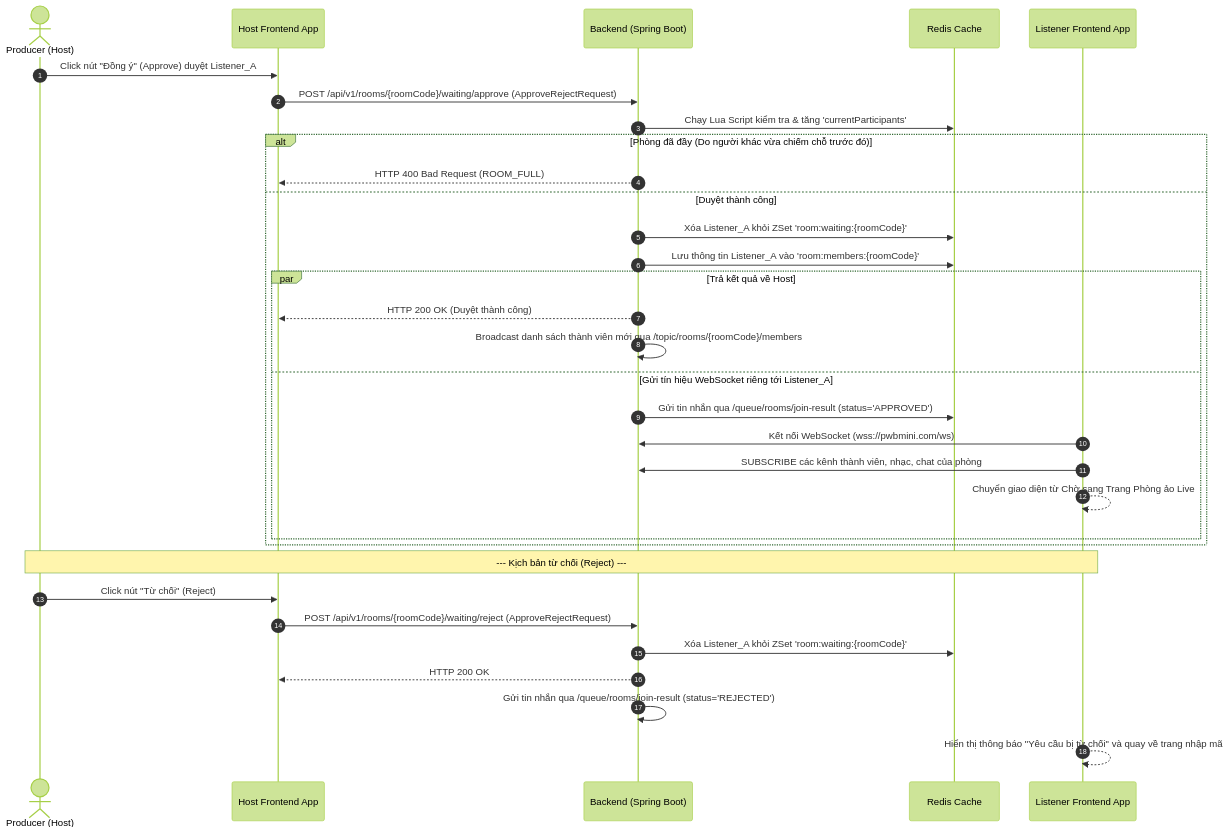
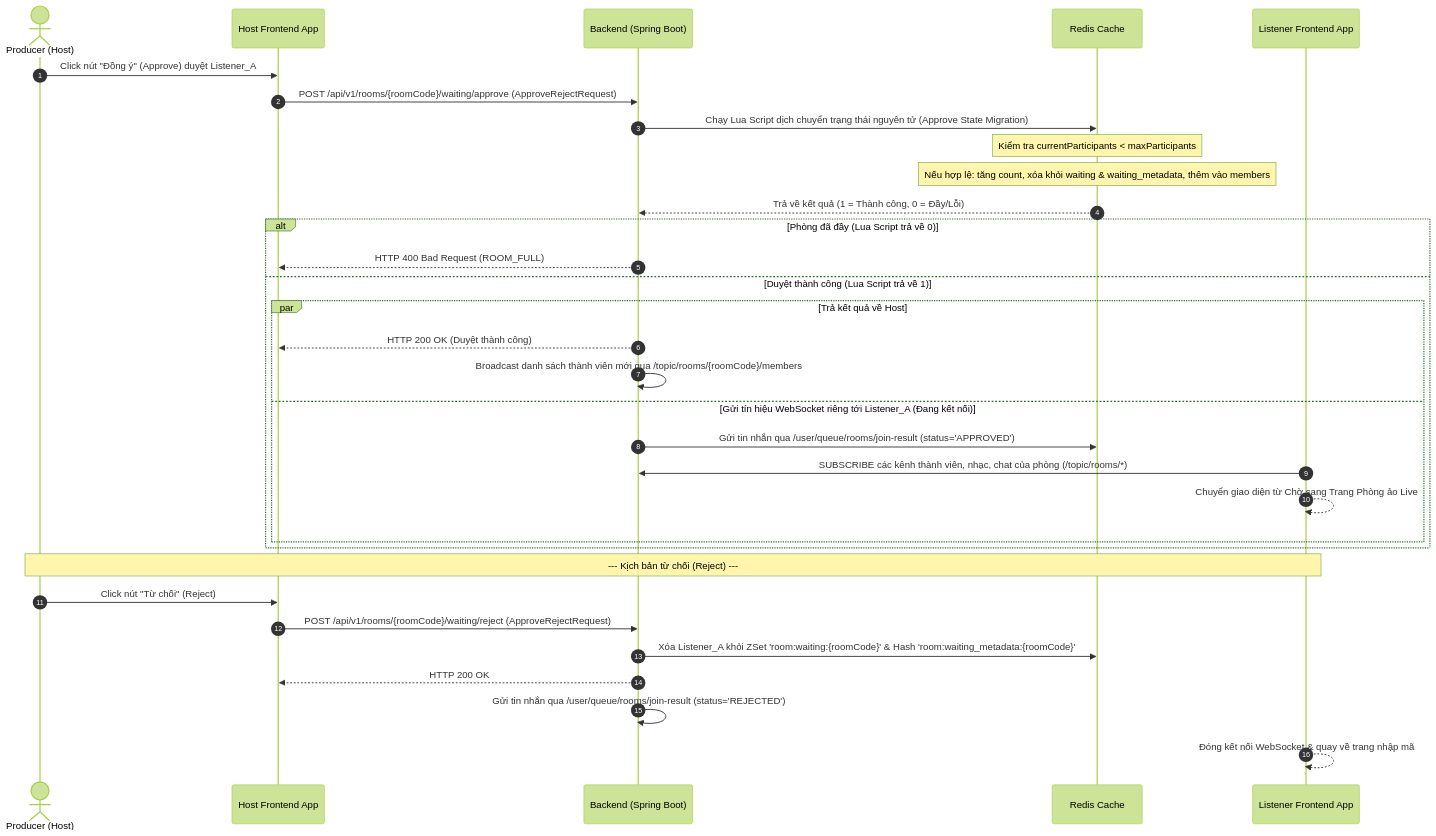
The second of 4 diagrams in docs/2. Live Room/02_join_waiting_room.md (NguyenDucHoangNam/PWB_Mini), drawn with Mermaid (forest theme) before and after one commit. The commit also changed other lines of this file and 22 other files, not shown here.

````diff
--- a/docs/2. Live Room/02_join_waiting_room.md
+++ b/docs/2. Live Room/02_join_waiting_room.md
@@ -111,38 +130,38 @@
 ```mermaid
 sequenceDiagram
     autonumber
     actor Host as Producer (Host)
     participant HostFE as Host Frontend App
     participant BE as Backend (Spring Boot)
     participant Redis as Redis Cache
     participant ListFE as Listener Frontend App
 
     Host->>HostFE: Click nút "Đồng ý" (Approve) duyệt Listener_A
     HostFE->>BE: POST /api/v1/rooms/{roomCode}/waiting/approve (ApproveRejectRequest)
     
-    BE->>Redis: Chạy Lua Script kiểm tra & tăng 'currentParticipants'
-    alt Phòng đã đầy (Do người khác vừa chiếm chỗ trước đó)
+    BE->>Redis: Chạy Lua Script dịch chuyển trạng thái nguyên tử (Approve State Migration)
+    Note over Redis: Kiểm tra currentParticipants < maxParticipants
+    Note over Redis: Nếu hợp lệ: tăng count, xóa khỏi waiting & waiting_metadata, thêm vào members
+    Redis-->>BE: Trả về kết quả (1 = Thành công, 0 = Đầy/Lỗi)
+    
+    alt Phòng đã đầy (Lua Script trả về 0)
         BE-->>HostFE: HTTP 400 Bad Request (ROOM_FULL)
-    else Duyệt thành công
-        BE->>Redis: Xóa Listener_A khỏi ZSet 'room:waiting:{roomCode}'
-        BE->>Redis: Lưu thông tin Listener_A vào 'room:members:{roomCode}'
-        
+    else Duyệt thành công (Lua Script trả về 1)
         par Trả kết quả về Host
             BE-->>HostFE: HTTP 200 OK (Duyệt thành công)
             BE->>BE: Broadcast danh sách thành viên mới qua /topic/rooms/{roomCode}/members
-        and Gửi tín hiệu WebSocket riêng tới Listener_A
-            BE->>Redis: Gửi tin nhắn qua /queue/rooms/join-result (status='APPROVED')
-            ListFE->>BE: Kết nối WebSocket (wss://pwbmini.com/ws)
-            ListFE->>BE: SUBSCRIBE các kênh thành viên, nhạc, chat của phòng
+        and Gửi tín hiệu WebSocket riêng tới Listener_A (Đang kết nối)
+            BE->>Redis: Gửi tin nhắn qua /user/queue/rooms/join-result (status='APPROVED')
+            ListFE->>BE: SUBSCRIBE các kênh thành viên, nhạc, chat của phòng (/topic/rooms/*)
             ListFE-->>ListFE: Chuyển giao diện từ Chờ sang Trang Phòng ảo Live
         end
     end
     
     Note over Host, ListFE: --- Kịch bản từ chối (Reject) ---
     Host->>HostFE: Click nút "Từ chối" (Reject)
     HostFE->>BE: POST /api/v1/rooms/{roomCode}/waiting/reject (ApproveRejectRequest)
-    BE->>Redis: Xóa Listener_A khỏi ZSet 'room:waiting:{roomCode}'
+    BE->>Redis: Xóa Listener_A khỏi ZSet 'room:waiting:{roomCode}' & Hash 'room:waiting_metadata:{roomCode}'
     BE-->>HostFE: HTTP 200 OK
-    BE->>BE: Gửi tin nhắn qua /queue/rooms/join-result (status='REJECTED')
-    ListFE-->>ListFE: Hiển thị thông báo "Yêu cầu bị từ chối" và quay về trang nhập mã
+    BE->>BE: Gửi tin nhắn qua /user/queue/rooms/join-result (status='REJECTED')
+    ListFE-->>ListFE: Đóng kết nối WebSocket & quay về trang nhập mã
 ```
````
